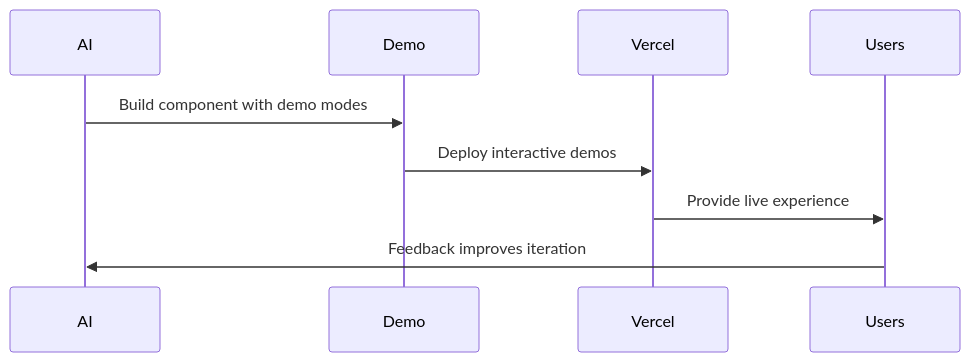
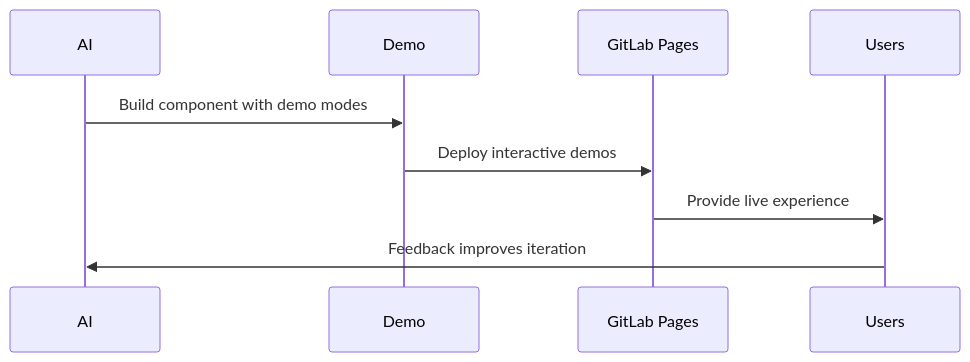
Before and after one commit to boost-edu-tools/gitinspectorgui: the second of 2 diagrams in docs/development/design-system-integration.md, drawn with Mermaid. The commit also changed other lines of this file, not shown here.

First line of the commit message:
Update design system integration to use GitLab Pages instead of Vercel

````diff
--- a/docs/development/design-system-integration.md
+++ b/docs/development/design-system-integration.md
@@ -115,7 +234,7 @@
 ```mermaid
 sequenceDiagram
     AI->>Demo: Build component with demo modes
-    Demo->>Vercel: Deploy interactive demos
-    Vercel->>Users: Provide live experience
+    Demo->>GitLab Pages: Deploy interactive demos
+    GitLab Pages->>Users: Provide live experience
     Users->>AI: Feedback improves iteration
 ```
````
